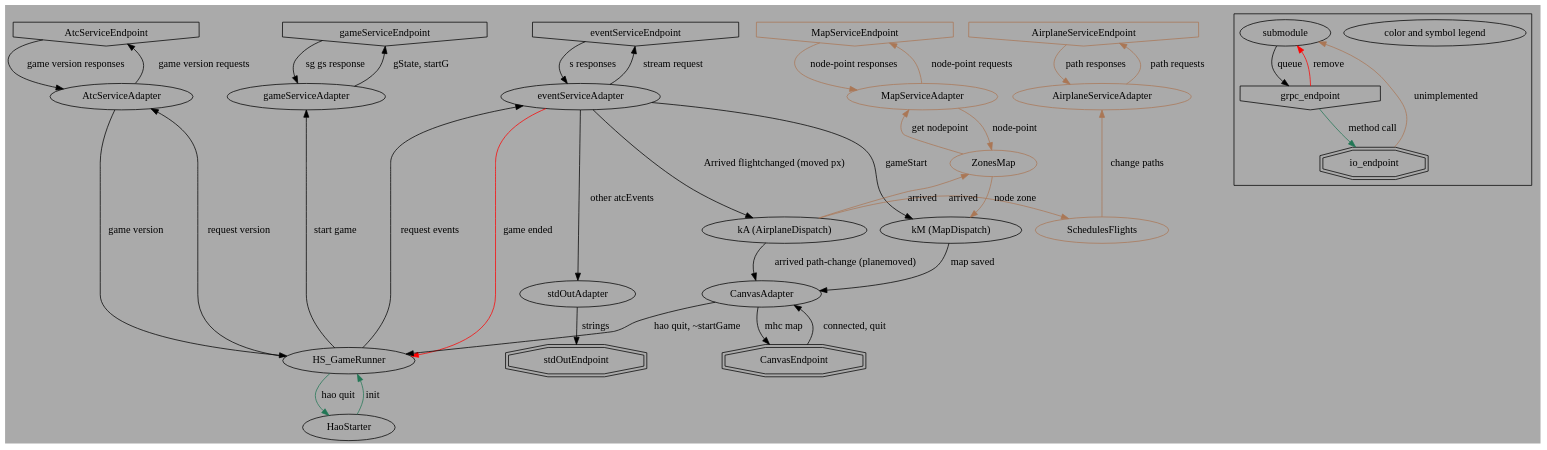
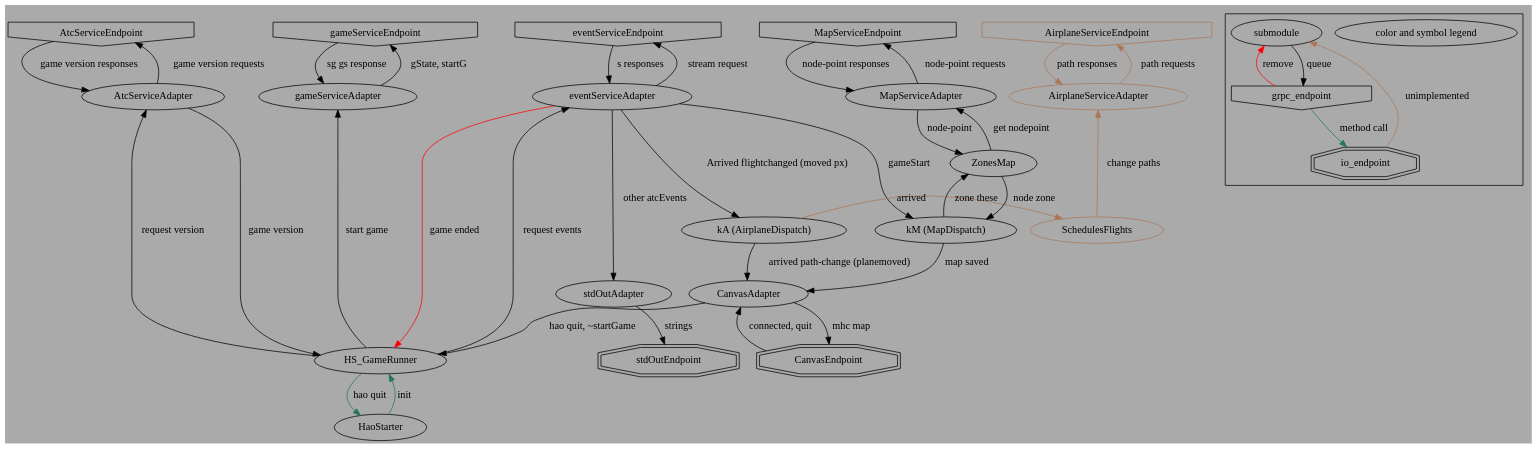
The diagram in docs/modules/queues.dot (Nzen/hircine-anise-okkoz), drawn with Graphviz before and after one commit. The commit also changed 28 other files, not shown here.

```diff
--- a/docs/modules/queues.dot
+++ b/docs/modules/queues.dot
@@ -1,118 +1,118 @@
 
 digraph haokkoz_data_flow
 {
 
 /*
 */
 	bgcolor = "#AAAAAA"
 
 	{
 		rank = same;
 		AtcServiceEndpoint [ shape = invhouse ]; # for game version
 		AirplaneServiceEndpoint [ shape = invhouse color = "#AA7755" ]; # for updating flight plans
-		MapServiceEndpoint [ shape = invhouse color = "#AA7755" ]; # for node to point conversion
+		MapServiceEndpoint [ shape = invhouse ]; # for node to point conversion
 		eventServiceEndpoint [ shape = invhouse ]; # for events
 		gameServiceEndpoint [ shape = invhouse ]; # to start games
 	}
 
 	{
 		rank = same;
 		stdOutEndpoint [ shape = doubleoctagon ];
 		CanvasEndpoint [ shape = doubleoctagon ];
 	}
 
 	{
 		rank = same;
 		AirplaneServiceAdapter [ color = "#AA7755" ];
 		AtcServiceAdapter;
 		eventServiceAdapter;
 		gameServiceAdapter;
-		MapServiceAdapter [ color = "#AA7755" ];
+		MapServiceAdapter;
 	}
 
 	{
 		rank = same;
 		CanvasAdapter;
 		stdOutAdapter;
 	}
 
 	{
 		rank = same;
 		knowsAirplanes [ label = "kA (AirplaneDispatch)" ];
 		knowsMap [ label = "kM (MapDispatch)" ];
 		SchedulesFlights [ color = "#AA7755" ];
 	}
 
 	HaoStarter;
 	HS_GameRunner;
-	ZonesMap [ color = "#AA7755" ];
+	ZonesMap;
 
 	# [ label = "" ];
 
 	AirplaneServiceAdapter -> AirplaneServiceEndpoint [ label = "path requests" color = "#AA7755" ];
 
 	AirplaneServiceEndpoint -> AirplaneServiceAdapter [ label = "path responses" color = "#AA7755" ];
 
 	AtcServiceAdapter -> AtcServiceEndpoint [ label = "game version requests" ];
 	AtcServiceAdapter -> HS_GameRunner [ label = "game version" ];
 
 	AtcServiceEndpoint -> AtcServiceAdapter [ label = "game version responses" ];
 
 	CanvasEndpoint -> CanvasAdapter [ label = "connected, quit" ];
 
 	CanvasAdapter -> CanvasEndpoint [ label = "mhc map" ];
 	CanvasAdapter -> HS_GameRunner [ label = "hao quit, ~startGame" ];
 
 	eventServiceAdapter -> eventServiceEndpoint [ label = "stream request" ];
 	eventServiceAdapter -> knowsMap [ label = "gameStart" ];
 	eventServiceAdapter -> stdOutAdapter [ label = "other atcEvents" ];
 	eventServiceAdapter -> knowsAirplanes [ label = "Arrived flightchanged (moved px)" ];
 	eventServiceAdapter -> HS_GameRunner [ label = "game ended" color = "red" ];
 
 	eventServiceEndpoint -> eventServiceAdapter [ label = "s responses" ];
 
 	HaoStarter -> HS_GameRunner [ label = "init" color = "#227755" ];
 
 	HS_GameRunner -> AtcServiceAdapter [ label = "request version" ];
 	HS_GameRunner -> gameServiceAdapter [ label = "start game" ];
 	HS_GameRunner -> HaoStarter [ label = "hao quit" color = "#227755" ];
 	HS_GameRunner -> eventServiceAdapter [ label = "request events" ];
 
 	gameServiceAdapter -> gameServiceEndpoint [ label = "gState, startG" ];
 
 	gameServiceEndpoint -> gameServiceAdapter [ label = "sg gs response" ];
 
 	knowsAirplanes -> CanvasAdapter [ label = "arrived path-change (planemoved)" ];
 	knowsAirplanes -> SchedulesFlights [ label = "arrived" color = "#AA7755" ];
-	knowsAirplanes -> ZonesMap [ label = "arrived" color = "#AA7755" ];
 
 	knowsMap -> CanvasAdapter [ label = "map saved" ];
+	knowsMap -> ZonesMap [ label = "zone these" ];
 
-	MapServiceAdapter -> MapServiceEndpoint [ label = "node-point requests" color = "#AA7755" ];
-	MapServiceAdapter -> ZonesMap [ label = "node-point" color = "#AA7755" ];
+	MapServiceAdapter -> MapServiceEndpoint [ label = "node-point requests" ];
+	MapServiceAdapter -> ZonesMap [ label = "node-point" ];
 
-	MapServiceEndpoint -> MapServiceAdapter [ label = "node-point responses" color = "#AA7755" ];
+	MapServiceEndpoint -> MapServiceAdapter [ label = "node-point responses" ];
 
 	SchedulesFlights -> AirplaneServiceAdapter [ label = "change paths" color = "#AA7755" ];
 
 	stdOutAdapter -> stdOutEndpoint [ label = "strings" ];
 
-	ZonesMap -> MapServiceAdapter [ label = "get nodepoint" color = "#AA7755" ];
-	ZonesMap -> knowsMap [ label = "node zone" color = "#AA7755" ];
+	ZonesMap -> MapServiceAdapter [ label = "get nodepoint" ];
+	ZonesMap -> knowsMap [ label = "node zone" ];
 
 	# ->  [ label = "" ];
 
 	subgraph cluster0 {
 		color_legend [ label = "color and symbol legend" ];
 		submodule;
 		grpc_endpoint [ shape = invhouse ];
 		io_endpoint [ shape = doubleoctagon ];
 
 		submodule -> grpc_endpoint [ label = "queue" ];
 
 		grpc_endpoint -> io_endpoint [ label = "method call" color = "#227755" ];
 		grpc_endpoint -> submodule [ label = "remove" color = "red" ];
 
 		io_endpoint -> submodule [ label = "unimplemented" color = "#AA7755" ];
 	}
 }
```
